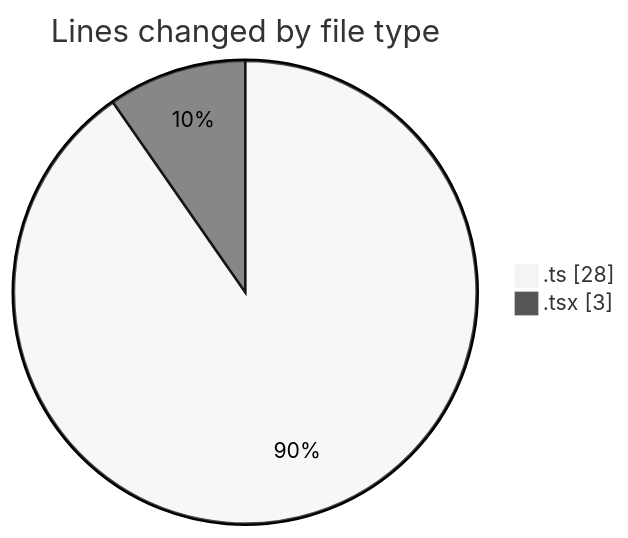
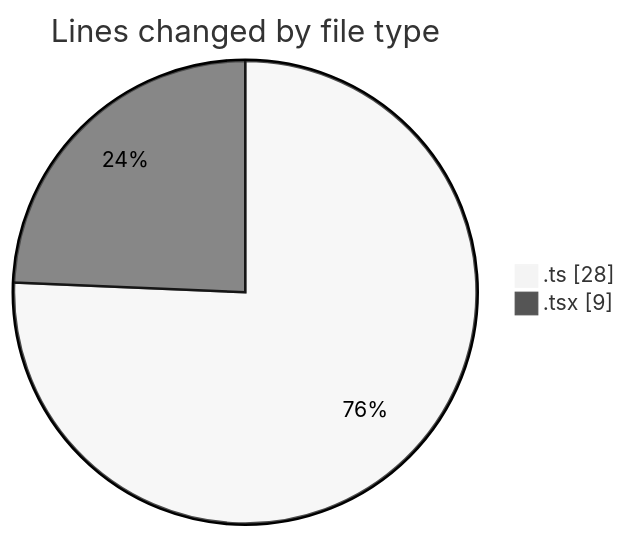
The first of 2 diagrams in 2025-10-22/eventscop-frontend-guide__workspace_/README.md (julien-gomy/code-tracking), drawn with Mermaid (neutral theme) before and after one commit. The commit also changed other lines of this file and 1 other file, not shown here.

````diff
--- a/2025-10-22/eventscop-frontend-guide__workspace_/README.md
+++ b/2025-10-22/eventscop-frontend-guide__workspace_/README.md
@@ -22,6 +22,6 @@
 ```mermaid
 pie showData
 title Lines changed by file type
 ".ts" : 28
-".tsx" : 3
+".tsx" : 9
 ```
````
